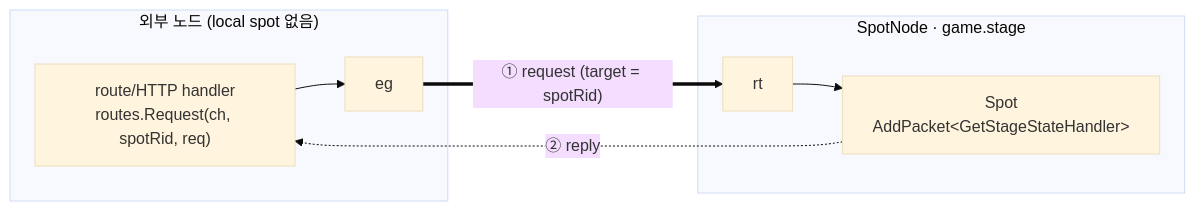
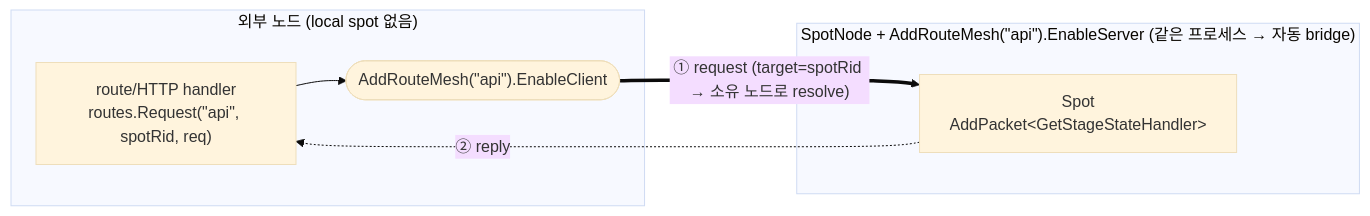
Before and after one commit to kairos-code-dev/zlink: the eighth of 8 diagrams in framework/doc/framework/dotnet/guide/05-spot.ko.md, drawn with Mermaid (base theme). The commit also changed other lines of this file, not shown here.

First line of the commit message:
docs(guide): rewire 05-spot to implicit RouteMesh model + multi-node

````diff
--- a/framework/doc/framework/dotnet/guide/05-spot.ko.md
+++ b/framework/doc/framework/dotnet/guide/05-spot.ko.md
@@ -753,13 +748,13 @@
 ```mermaid
 flowchart LR
   subgraph ext["외부 노드 (local spot 없음)"]
-    h["route/HTTP handler<br/>routes.Request(ch, spotRid, req)"]
-    h --> eg
+    h["route/HTTP handler<br/>routes.Request(&quot;api&quot;, spotRid, req)"]
+    c(["AddRouteMesh(&quot;api&quot;).EnableClient"])
+    h --> c
   end
-  subgraph sn["SpotNode · game.stage"]
+  subgraph sn["SpotNode + AddRouteMesh(&quot;api&quot;).EnableServer (같은 프로세스 → 자동 bridge)"]
     sp["Spot<br/>AddPacket&lt;GetStageStateHandler&gt;"]
-    rt --> sp
   end
-  eg ==>|"① request (target = spotRid)"| rt
+  c ==>|"① request (target=spotRid → 소유 노드로 resolve)"| sp
   sp -.->|"② reply"| h
 ```
````
